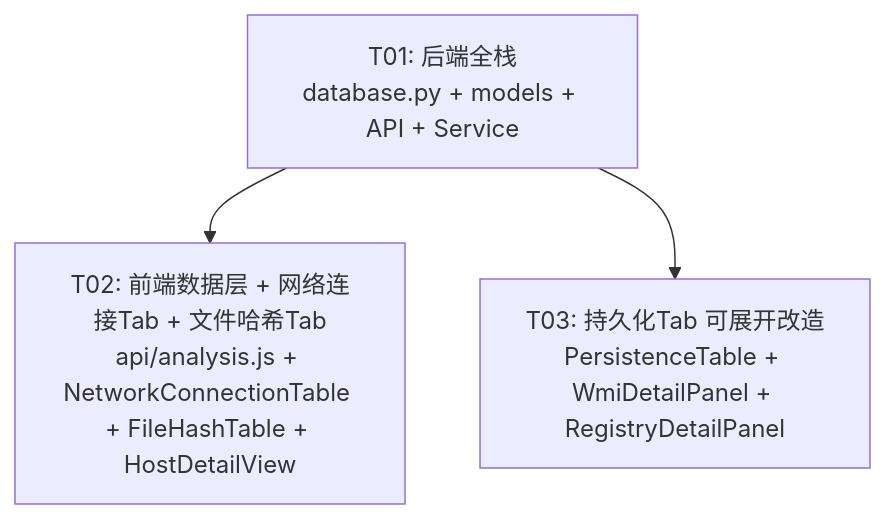
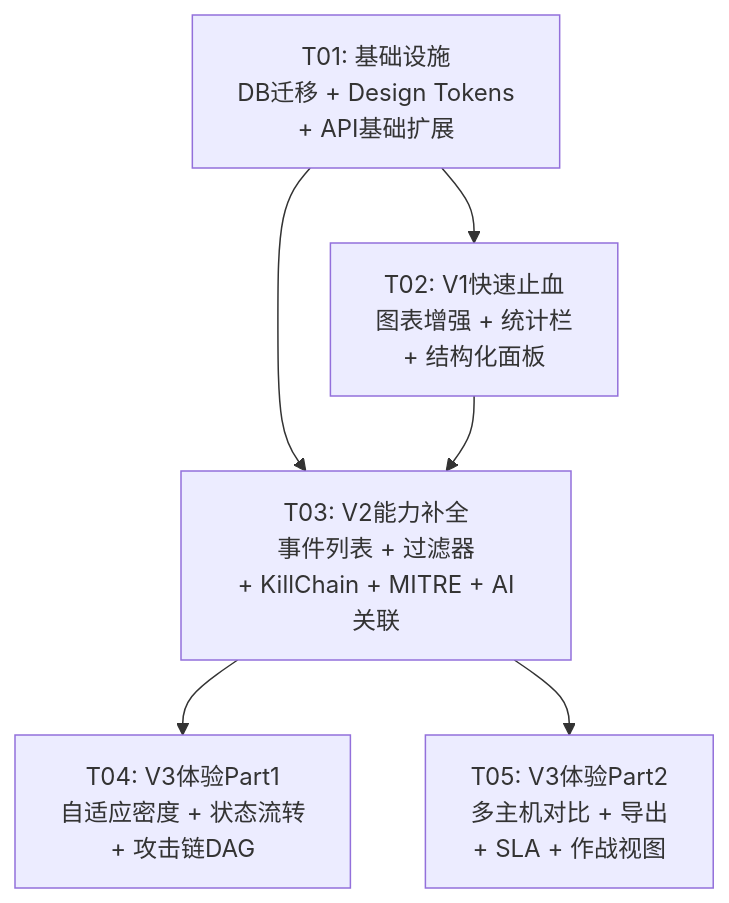
One commit to xyz0915/ir-platform changed the fifth of 5 diagrams in docs/system_design.md. Above: the diagram before and after it, drawn with Mermaid. The commit also changed other lines of this file and 57 other files, not shown here.

````diff
--- a/docs/system_design.md
+++ b/docs/system_design.md
@@ -315,8 +654,14 @@
 ```mermaid
 graph TD
-    T01["T01: 后端全栈<br/>database.py + models + API + Service"]
-    T02["T02: 前端数据层 + 网络连接Tab + 文件哈希Tab<br/>api/analysis.js + NetworkConnectionTable + FileHashTable + HostDetailView"]
-    T03["T03: 持久化Tab 可展开改造<br/>PersistenceTable + WmiDetailPanel + RegistryDetailPanel"]
+    T01["T01: 基础设施<br/>DB迁移 + Design Tokens<br/>+ API基础扩展"]
+    T02["T02: V1快速止血<br/>图表增强 + 统计栏<br/>+ 结构化面板"]
+    T03["T03: V2能力补全<br/>事件列表 + 过滤器<br/>+ KillChain + MITRE + AI关联"]
+    T04["T04: V3体验Part1<br/>自适应密度 + 状态流转<br/>+ 攻击链DAG"]
+    T05["T05: V3体验Part2<br/>多主机对比 + 导出<br/>+ SLA + 作战视图"]
+
     T01 --> T02
     T01 --> T03
+    T02 --> T03
+    T03 --> T04
+    T03 --> T05
 ```
````
